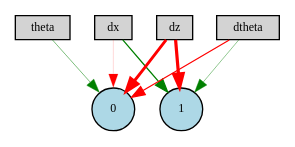
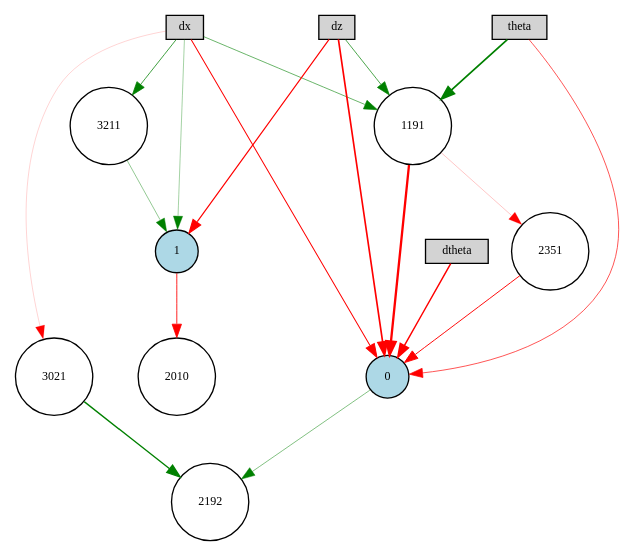
The diagram in fifth_aggressive_stabiliser/winner-ctrnn-enabled.gv (benjaminkeltjens/BioInspiredDrone), drawn with Graphviz before and after one commit. The commit also changed 890 other files, not shown here.

```diff
--- a/fifth_aggressive_stabiliser/winner-ctrnn-enabled.gv
+++ b/fifth_aggressive_stabiliser/winner-ctrnn-enabled.gv
@@ -1,16 +1,33 @@
 digraph {
 	node [fontsize=9 height=0.2 shape=circle width=0.2]
 	dx [fillcolor=lightgray shape=box style=filled]
 	dz [fillcolor=lightgray shape=box style=filled]
 	theta [fillcolor=lightgray shape=box style=filled]
 	dtheta [fillcolor=lightgray shape=box style=filled]
 	0 [fillcolor=lightblue style=filled]
 	1 [fillcolor=lightblue style=filled]
-	dtheta -> 0 [color=red penwidth=0.8706889854885914 style=solid]
-	dz -> 0 [color=red penwidth=2.1582869536667757 style=solid]
-	dz -> 1 [color=red penwidth=2.4033227537733173 style=solid]
-	dx -> 1 [color=green penwidth=0.9168472948928575 style=solid]
-	dtheta -> 1 [color=green penwidth=0.3253177919965219 style=solid]
-	theta -> 0 [color=green penwidth=0.3859971516658207 style=solid]
-	dx -> 0 [color=red penwidth=0.12112591083480731 style=solid]
+	1191 [fillcolor=white style=filled]
+	3211 [fillcolor=white style=filled]
+	3021 [fillcolor=white style=filled]
+	2351 [fillcolor=white style=filled]
+	2192 [fillcolor=white style=filled]
+	2010 [fillcolor=white style=filled]
+	dz -> 1 [color=red penwidth=0.8682391543080555 style=solid]
+	theta -> 0 [color=red penwidth=0.49909375335556494 style=solid]
+	dtheta -> 0 [color=red penwidth=1.1144949252861482 style=solid]
+	dx -> 0 [color=red penwidth=0.7520689353715533 style=solid]
+	theta -> 1191 [color=green penwidth=1.3073208488132806 style=solid]
+	1191 -> 0 [color=red penwidth=1.743910553628031 style=solid]
+	dx -> 1191 [color=green penwidth=0.435042250326632 style=solid]
+	dz -> 0 [color=red penwidth=1.2511538654223626 style=solid]
+	dz -> 1191 [color=green penwidth=0.5337399708102734 style=solid]
+	1 -> 2010 [color=red penwidth=0.6533843494994273 style=solid]
+	1191 -> 2351 [color=red penwidth=0.17366904696455215 style=solid]
+	2351 -> 0 [color=red penwidth=0.7120365840969572 style=solid]
+	dx -> 1 [color=green penwidth=0.27310801215424185 style=solid]
+	dx -> 3021 [color=red penwidth=0.12708542727792518 style=solid]
+	3021 -> 2192 [color=green penwidth=1.0244176070498945 style=solid]
+	dx -> 3211 [color=green penwidth=0.5627136923703067 style=solid]
+	3211 -> 1 [color=green penwidth=0.3174925374937029 style=solid]
+	0 -> 2192 [color=green penwidth=0.3703032015229897 style=solid]
 }
```
